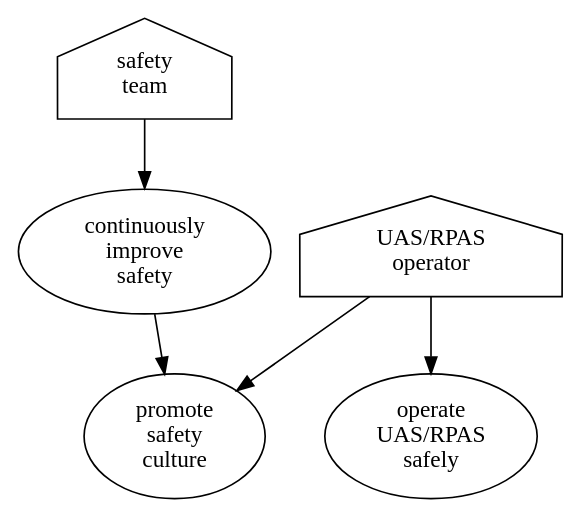
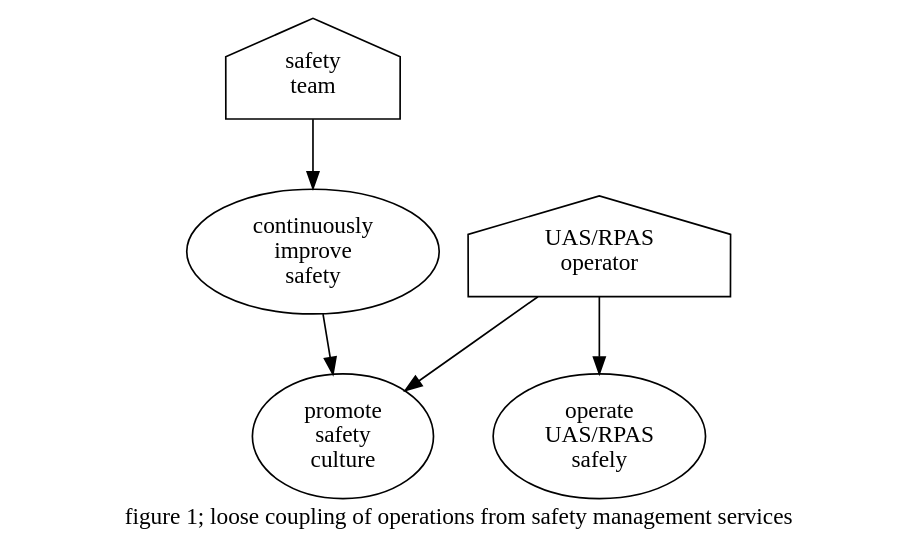
The first of 4 diagrams in tmp/design.rst (monkeypants/UASFunPolice), drawn with Graphviz before and after one commit. The commit also changed other lines of this file, not shown here.

```diff
--- a/tmp/design.rst
+++ b/tmp/design.rst
@@ -10,13 +10,14 @@
 .. graphviz::
 
    digraph d {
+      label="figure 1; loose coupling of operations from safety management services";
       promote [label="promote\nsafety\nculture" shape=ellipse];
       opcom [label="UAS/RPAS\noperator" shape=house];
       operate [label="operate\nUAS/RPAS\nsafely"];
       opcom -> operate;
       hub [label="safety\nteam" shape=house];
       ci [label="continuously\nimprove\nsafety" shape=ellipse];
       hub -> ci;
       ci -> promote;
       opcom -> promote;
    }
```
